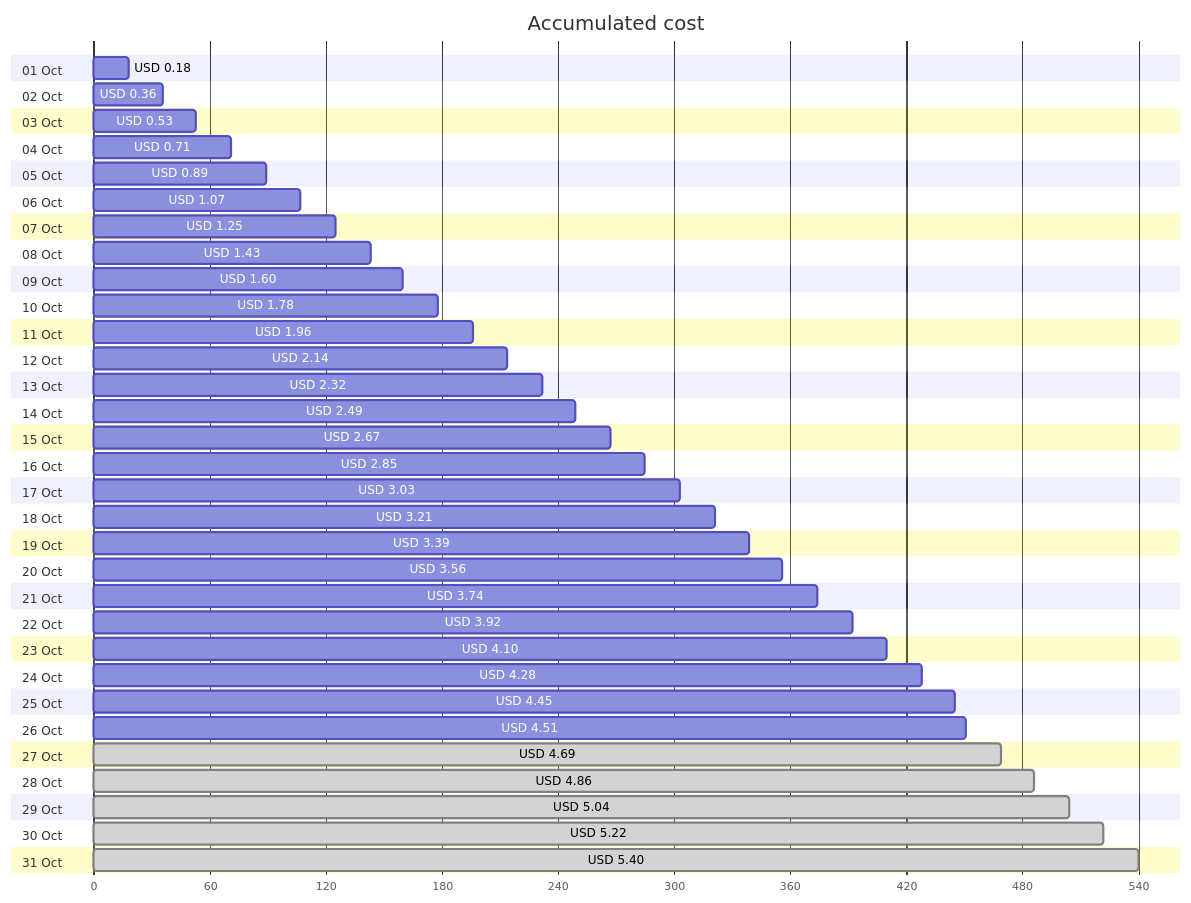
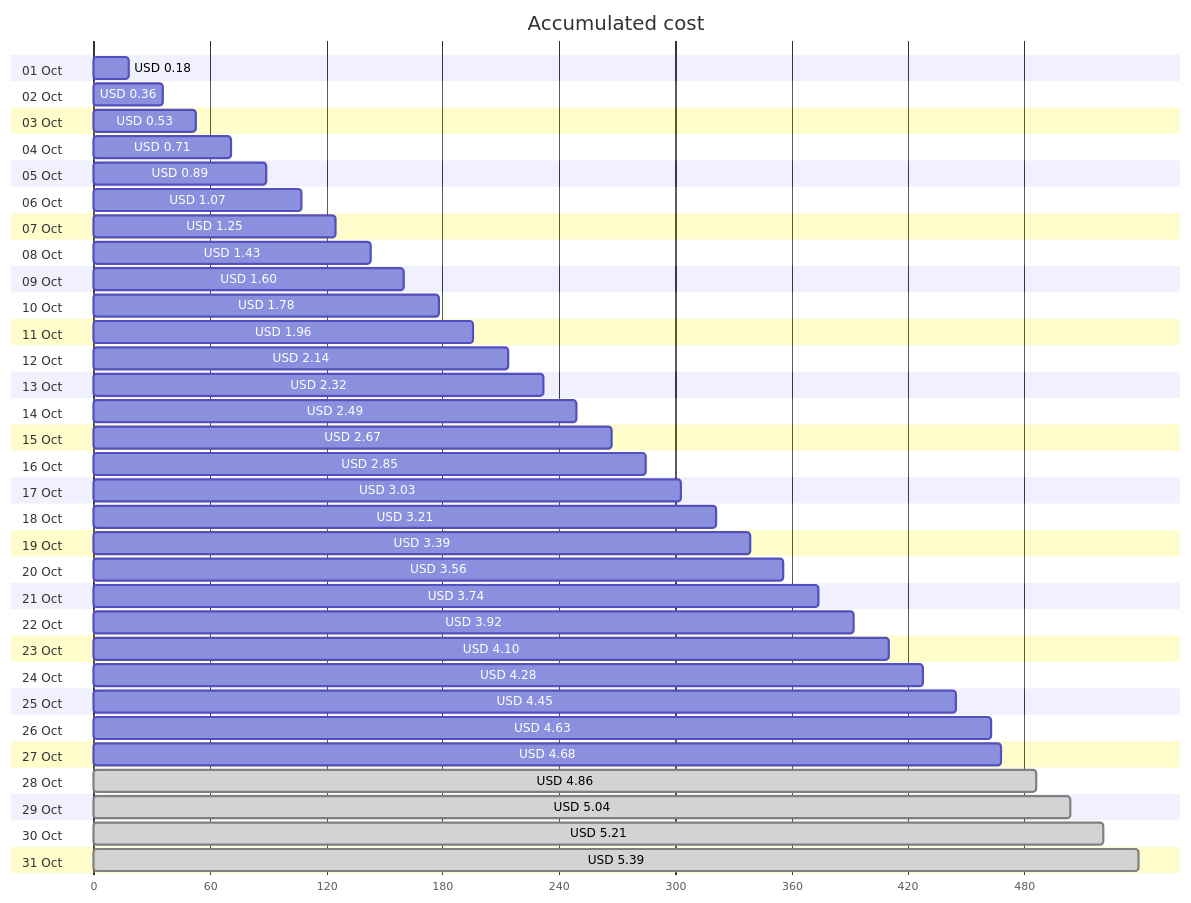
One commit to jpfulton/azure-personal-reports changed the first of 4 diagrams in cost-reports/personal-network/backup-server.md. Above: the diagram before and after it, drawn with Mermaid. The commit also changed other lines of this file and 7 other files, not shown here.

````diff
--- a/cost-reports/personal-network/backup-server.md
+++ b/cost-reports/personal-network/backup-server.md
@@ -20,68 +20,68 @@
 ```mermaid
 gantt
    title Accumulated cost
    dateFormat  X
    axisFormat %s
    section 01 Oct
    USD 0.18 :0, 18
    section 02 Oct
    USD 0.36 :0, 36
    section 03 Oct
    USD 0.53 :0, 53
    section 04 Oct
    USD 0.71 :0, 71
    section 05 Oct
    USD 0.89 :0, 89
    section 06 Oct
    USD 1.07 :0, 107
    section 07 Oct
    USD 1.25 :0, 125
    section 08 Oct
    USD 1.43 :0, 143
    section 09 Oct
    USD 1.60 :0, 160
    section 10 Oct
    USD 1.78 :0, 178
    section 11 Oct
    USD 1.96 :0, 196
    section 12 Oct
    USD 2.14 :0, 214
    section 13 Oct
    USD 2.32 :0, 232
    section 14 Oct
    USD 2.49 :0, 249
    section 15 Oct
    USD 2.67 :0, 267
    section 16 Oct
    USD 2.85 :0, 285
    section 17 Oct
    USD 3.03 :0, 303
    section 18 Oct
    USD 3.21 :0, 321
    section 19 Oct
    USD 3.39 :0, 339
    section 20 Oct
    USD 3.56 :0, 356
    section 21 Oct
    USD 3.74 :0, 374
    section 22 Oct
    USD 3.92 :0, 392
    section 23 Oct
    USD 4.10 :0, 410
    section 24 Oct
    USD 4.28 :0, 428
    section 25 Oct
    USD 4.45 :0, 445
    section 26 Oct
-   USD 4.51 :0, 451
+   USD 4.63 :0, 463
    section 27 Oct
-   USD 4.69 : done, 0, 469
+   USD 4.68 :0, 468
    section 28 Oct
    USD 4.86 : done, 0, 486
    section 29 Oct
    USD 5.04 : done, 0, 504
    section 30 Oct
-   USD 5.22 : done, 0, 522
+   USD 5.21 : done, 0, 521
    section 31 Oct
-   USD 5.40 : done, 0, 540
+   USD 5.39 : done, 0, 539
 ```
````
